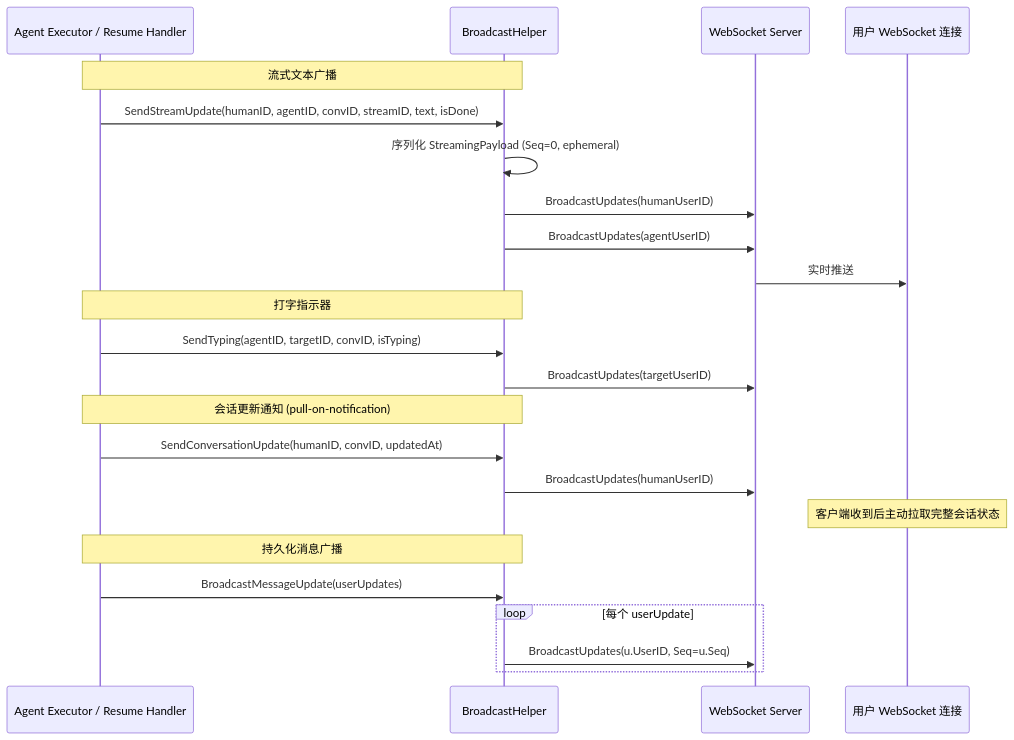
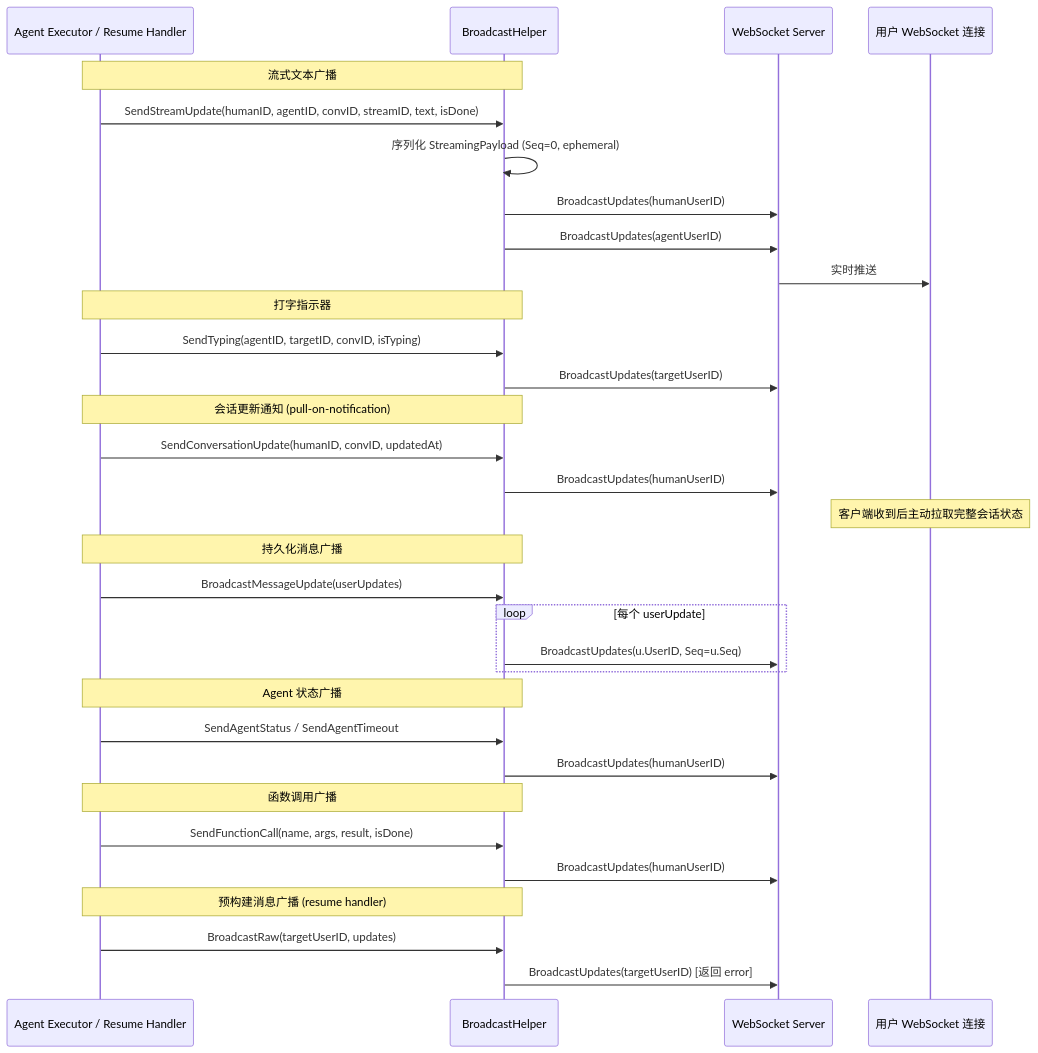
Before and after one commit to PineappleBond/xyncra-server: the seventh of 8 diagrams in wiki/flows/mq-async.md, drawn with Mermaid. The commit also changed other lines of this file and 21 other files, not shown here.

First line of the commit message:
docs(wiki): fix accuracy and completeness issues across all flow documents

````diff
--- a/wiki/flows/mq-async.md
+++ b/wiki/flows/mq-async.md
@@ -422,29 +428,41 @@
 ```mermaid
 sequenceDiagram
     participant Caller as Agent Executor / Resume Handler
     participant BH as BroadcastHelper
     participant WS as WebSocket Server
     participant Client as 用户 WebSocket 连接
 
     Note over Caller,BH: 流式文本广播
     Caller->>BH: SendStreamUpdate(humanID, agentID, convID, streamID, text, isDone)
     BH->>BH: 序列化 StreamingPayload (Seq=0, ephemeral)
     BH->>WS: BroadcastUpdates(humanUserID)
     BH->>WS: BroadcastUpdates(agentUserID)
     WS->>Client: 实时推送
 
     Note over Caller,BH: 打字指示器
     Caller->>BH: SendTyping(agentID, targetID, convID, isTyping)
     BH->>WS: BroadcastUpdates(targetUserID)
 
     Note over Caller,BH: 会话更新通知 (pull-on-notification)
     Caller->>BH: SendConversationUpdate(humanID, convID, updatedAt)
     BH->>WS: BroadcastUpdates(humanUserID)
     Note over Client: 客户端收到后主动拉取完整会话状态
 
     Note over Caller,BH: 持久化消息广播
     Caller->>BH: BroadcastMessageUpdate(userUpdates)
     loop 每个 userUpdate
         BH->>WS: BroadcastUpdates(u.UserID, Seq=u.Seq)
     end
+
+    Note over Caller,BH: Agent 状态广播
+    Caller->>BH: SendAgentStatus / SendAgentTimeout
+    BH->>WS: BroadcastUpdates(humanUserID)
+
+    Note over Caller,BH: 函数调用广播
+    Caller->>BH: SendFunctionCall(name, args, result, isDone)
+    BH->>WS: BroadcastUpdates(humanUserID)
+
+    Note over Caller,BH: 预构建消息广播 (resume handler)
+    Caller->>BH: BroadcastRaw(targetUserID, updates)
+    BH->>WS: BroadcastUpdates(targetUserID) [返回 error]
 ```
````
